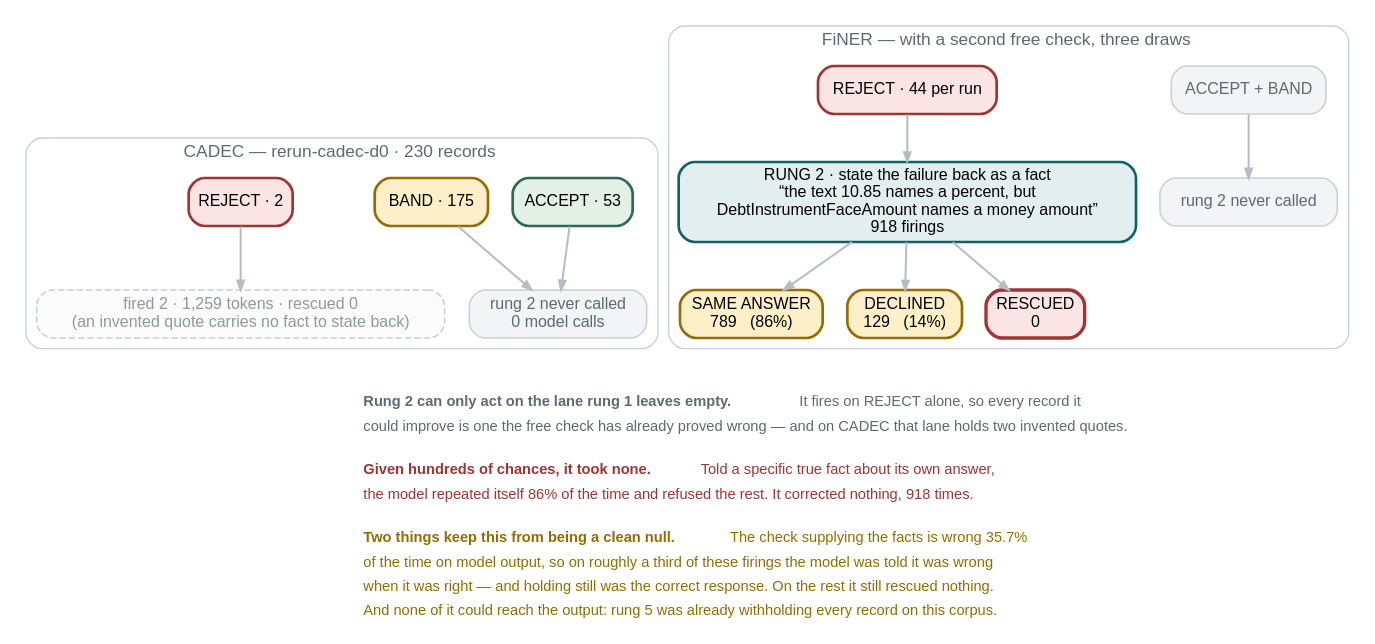
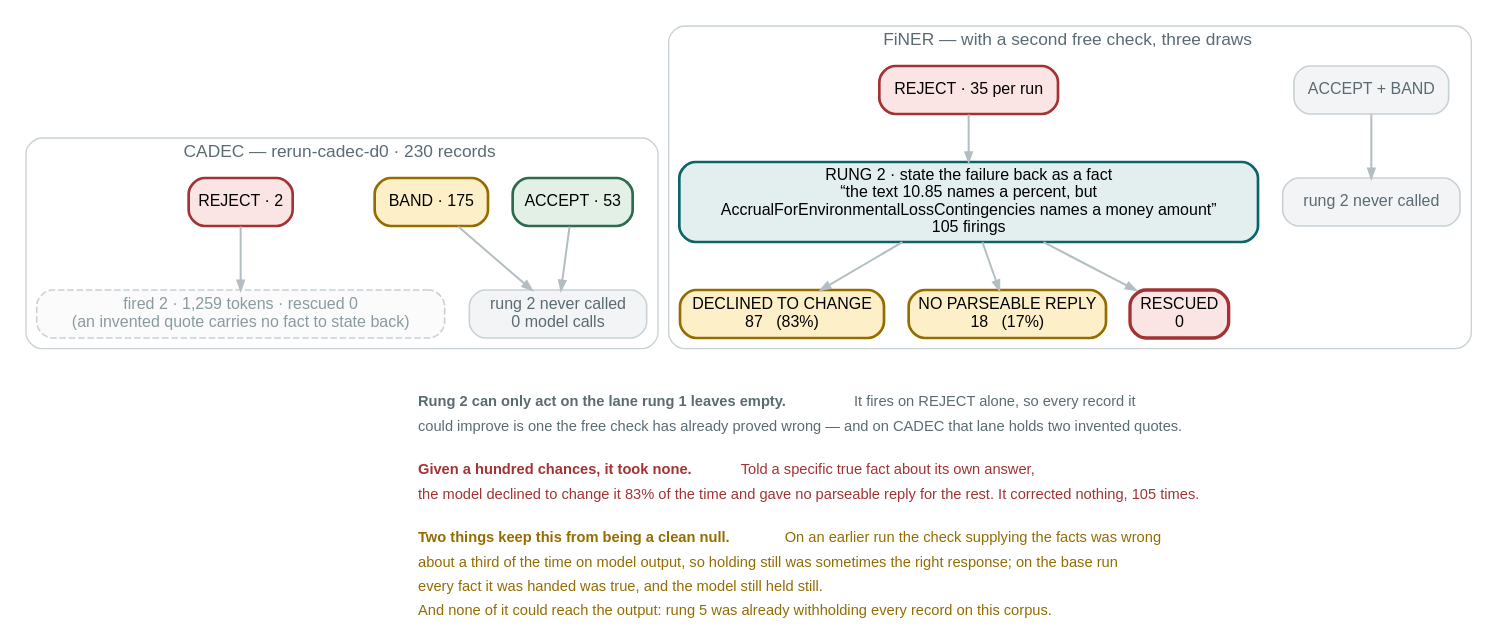
The diagram in docs/figures/fig13-rung2.dot (wbagais/reliability-ladder), drawn with Graphviz before and after one commit. The commit also changed 4 other files, not shown here.

Commit message:
Article: nothing from earlier runs quoted — arms table without effect sizes, model sweeps as pointers, reranker story without figures, type check and rung 2 on FiNER from the base-run replay, judge-acting row from the base run, the voting example from draw 0

```diff
--- a/docs/figures/fig13-rung2.dot
+++ b/docs/figures/fig13-rung2.dot
@@ -1,61 +1,61 @@
 // Rung 2 on both corpora. It reads rung 1's verdict and fires on REJECT alone
 // (r2.py:347 — `if verdict != ZONE_REJECT or reason not in cfg["correctable"]`),
 // so ACCEPT and BAND are never touched: no model call, no possible change.
 //
 // CADEC: rerun-cadec-d0, rung 1 lanes as fig10. REJECT holds two invented
 // quotes; rung 2 fired twice (1,259 tokens) and rescued neither.
-// FiNER: pooled over three draws of the rung 7 arm — the only configuration in
-// which rung 2 has ever had a real trigger set. 918 firings, 0 rescued.
+// FiNER: the rung 7 arm replayed over the three base draws (rerun-finer-d{0,1,2}-typecheck)
+// — the only configuration in which rung 2 has a real trigger set. 105 firings, 0 rescued.
 //
 // COLOUR KEY — the article's zone colours, unchanged:
 //   green ACCEPT · amber BAND · red REJECT · teal a model runs here
 digraph rung2 {
   rankdir=TB; bgcolor="white";
   node [shape=box style="filled,rounded" fontname="Helvetica" fontsize=12
         color="#c8d1d5" penwidth=1.2];
   edge [color="#b3bec3" penwidth=1.5 arrowsize=0.7 fontname="Helvetica" fontsize=10];
 
   subgraph cluster_c {
     label="  CADEC — rerun-cadec-d0 · 230 records  "; fontname="Helvetica"; fontsize=13;
     color="#c8d1d5"; style=rounded; fontcolor="#5a6b73";
     ca [label="ACCEPT · 53" fillcolor="#e3f0e6" color="#2d6a4f" penwidth=2];
     cb [label="BAND · 175" fillcolor="#fdf0c8" color="#946c00" penwidth=2];
     cr [label="REJECT · 2" fillcolor="#fbe4e4" color="#a33333" penwidth=2];
     cskip [label="rung 2 never called\n0 model calls" fillcolor="#f2f4f5" fontcolor="#5a6b73"];
     cfire [label="fired 2 · 1,259 tokens · rescued 0\n(an invented quote carries no fact to state back)" fillcolor="#fbfbfb" fontcolor="#8a9aa1" style="filled,rounded,dashed"];
     ca -> cskip; cb -> cskip; cr -> cfire;
     { rank=same; ca; cb; cr }
   }
 
   subgraph cluster_f {
     label="  FiNER — with a second free check, three draws  "; fontname="Helvetica";
     fontsize=13; color="#c8d1d5"; style=rounded; fontcolor="#5a6b73";
     fa [label="ACCEPT + BAND" fillcolor="#f2f4f5" fontcolor="#5a6b73"];
-    fr [label="REJECT · 44 per run" fillcolor="#fbe4e4" color="#a33333" penwidth=2];
+    fr [label="REJECT · 35 per run" fillcolor="#fbe4e4" color="#a33333" penwidth=2];
     fskip [label="rung 2 never called" fillcolor="#f2f4f5" fontcolor="#5a6b73"];
-    f2 [label="RUNG 2 · state the failure back as a fact\n“the text 10.85 names a percent, but\nDebtInstrumentFaceAmount names a money amount”\n918 firings"
+    f2 [label="RUNG 2 · state the failure back as a fact\n“the text 10.85 names a percent, but\nAccrualForEnvironmentalLossContingencies names a money amount”\n105 firings"
         fillcolor="#e3eeef" color="#0c6469" penwidth=2];
-    unch [label="SAME ANSWER\n789   (86%)" fillcolor="#fdf0c8" color="#946c00" penwidth=2];
-    decl [label="DECLINED\n129   (14%)" fillcolor="#fdf0c8" color="#946c00" penwidth=2];
+    unch [label="DECLINED TO CHANGE\n87   (83%)" fillcolor="#fdf0c8" color="#946c00" penwidth=2];
+    decl [label="NO PARSEABLE REPLY\n18   (17%)" fillcolor="#fdf0c8" color="#946c00" penwidth=2];
     resc [label="RESCUED\n0" fillcolor="#fbe4e4" color="#a33333" penwidth=2.5];
     fa -> fskip; fr -> f2;
     f2 -> unch; f2 -> decl; f2 -> resc;
     { rank=same; fa; fr }
     { rank=same; unch; decl; resc }
   }
 
   note [shape=plaintext style="" fillcolor="white"
         label=<<TABLE BORDER="0" CELLBORDER="0" CELLSPACING="0" CELLPADDING="3">
         <TR><TD ALIGN="LEFT"><FONT POINT-SIZE="11" COLOR="#5a6b73"><B>Rung 2 can only act on the lane rung 1 leaves empty.</B> It fires on REJECT alone, so every record it</FONT></TD></TR>
         <TR><TD ALIGN="LEFT"><FONT POINT-SIZE="11" COLOR="#5a6b73">could improve is one the free check has already proved wrong — and on CADEC that lane holds two invented quotes.</FONT></TD></TR>
         <TR><TD ALIGN="LEFT"><FONT POINT-SIZE="8"> </FONT></TD></TR>
-        <TR><TD ALIGN="LEFT"><FONT POINT-SIZE="11" COLOR="#a33333"><B>Given hundreds of chances, it took none.</B> Told a specific true fact about its own answer,</FONT></TD></TR>
-        <TR><TD ALIGN="LEFT"><FONT POINT-SIZE="11" COLOR="#a33333">the model repeated itself 86% of the time and refused the rest. It corrected nothing, 918 times.</FONT></TD></TR>
+        <TR><TD ALIGN="LEFT"><FONT POINT-SIZE="11" COLOR="#a33333"><B>Given a hundred chances, it took none.</B> Told a specific true fact about its own answer,</FONT></TD></TR>
+        <TR><TD ALIGN="LEFT"><FONT POINT-SIZE="11" COLOR="#a33333">the model declined to change it 83% of the time and gave no parseable reply for the rest. It corrected nothing, 105 times.</FONT></TD></TR>
         <TR><TD ALIGN="LEFT"><FONT POINT-SIZE="8"> </FONT></TD></TR>
-        <TR><TD ALIGN="LEFT"><FONT POINT-SIZE="11" COLOR="#946c00"><B>Two things keep this from being a clean null.</B> The check supplying the facts is wrong 35.7%</FONT></TD></TR>
-        <TR><TD ALIGN="LEFT"><FONT POINT-SIZE="11" COLOR="#946c00">of the time on model output, so on roughly a third of these firings the model was told it was wrong</FONT></TD></TR>
-        <TR><TD ALIGN="LEFT"><FONT POINT-SIZE="11" COLOR="#946c00">when it was right — and holding still was the correct response. On the rest it still rescued nothing.</FONT></TD></TR>
+        <TR><TD ALIGN="LEFT"><FONT POINT-SIZE="11" COLOR="#946c00"><B>Two things keep this from being a clean null.</B> On an earlier run the check supplying the facts was wrong</FONT></TD></TR>
+        <TR><TD ALIGN="LEFT"><FONT POINT-SIZE="11" COLOR="#946c00">about a third of the time on model output, so holding still was sometimes the right response; on the base run</FONT></TD></TR>
+        <TR><TD ALIGN="LEFT"><FONT POINT-SIZE="11" COLOR="#946c00">every fact it was handed was true, and the model still held still.</FONT></TD></TR>
         <TR><TD ALIGN="LEFT"><FONT POINT-SIZE="11" COLOR="#946c00">And none of it could reach the output: rung 5 was already withholding every record on this corpus.</FONT></TD></TR>
         </TABLE>>];
   cskip -> note [style=invis]; resc -> note [style=invis];
 }
```
